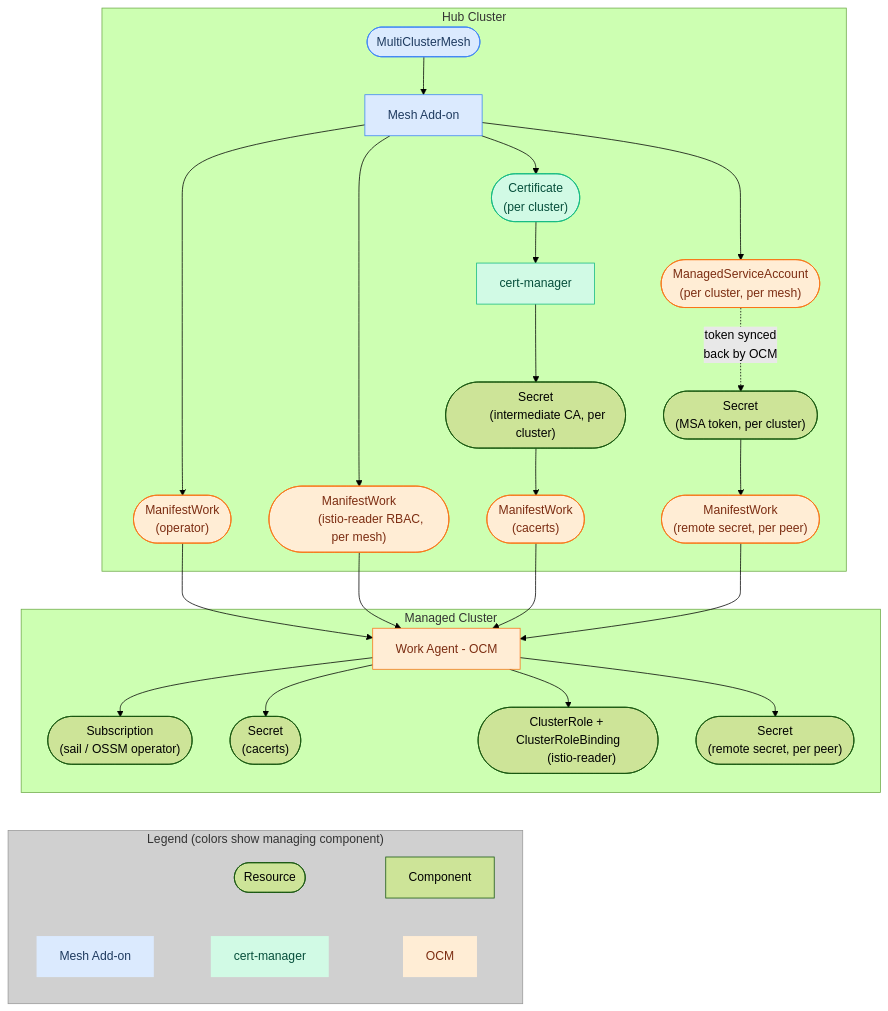
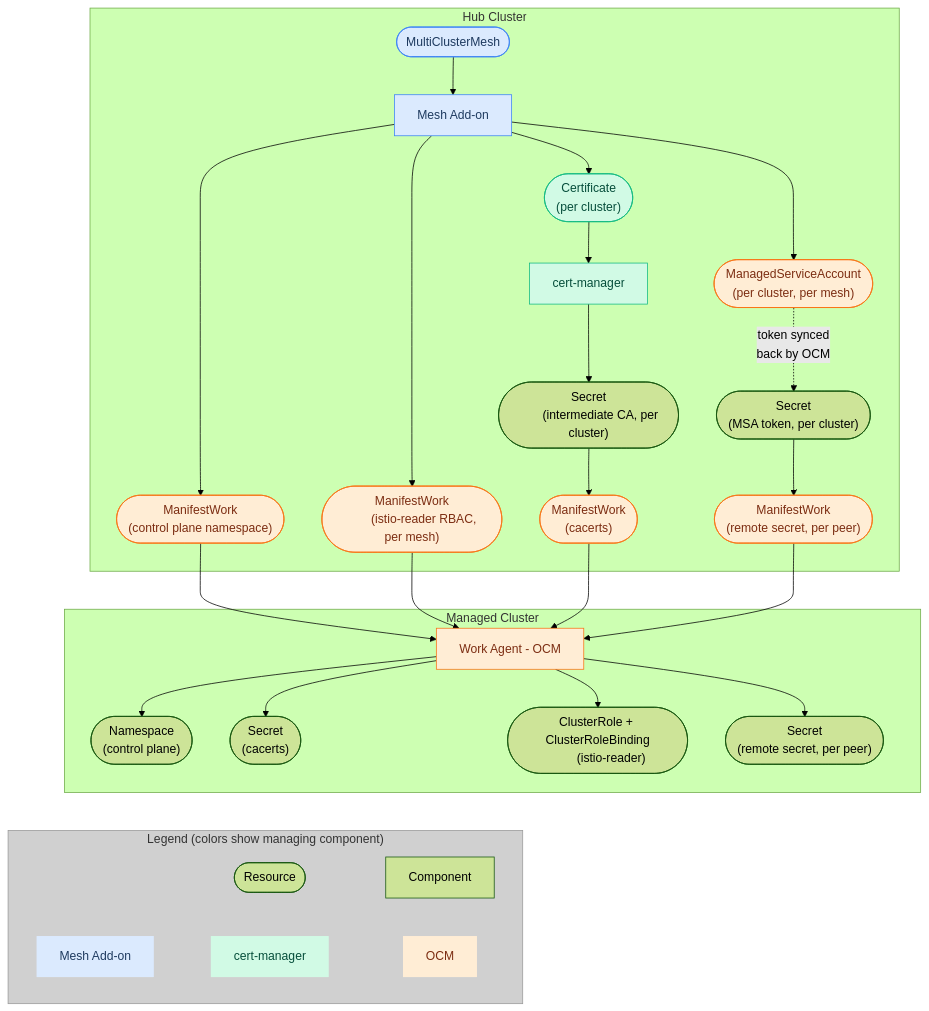
The diagram in docs/dev/design.md (stolostron/multicluster-mesh-addon), drawn with Mermaid (forest theme) before and after one commit. The commit also changed other lines of this file and 4 other files, not shown here.

First line of the commit message:
Update docs for operator removal and auto-derived namespace

````diff
--- a/docs/dev/design.md
+++ b/docs/dev/design.md
@@ -40,66 +40,66 @@
 ```mermaid
 flowchart TD
     subgraph Hub Cluster
         mesh([MultiClusterMesh]) --> addon[Mesh Add-on]
         addon --> cert(["Certificate
         (per cluster)"])
         cert --> certmanager[cert-manager]
         addon --> msa(["ManagedServiceAccount
         (per cluster, per mesh)"])
         certmanager --> casecret(["Secret
         (intermediate CA, per cluster)"])
         msa -.->|"token synced
         back by OCM"| tokensecret(["Secret
         (MSA token, per cluster)"])
-        addon --> mw_operator(["ManifestWork
-        (operator)"])
+        addon --> mw_cpns(["ManifestWork
+        (control plane namespace)"])
         addon --> mw_reader(["ManifestWork
         (istio-reader RBAC, per mesh)"])
         casecret --> mw_cacerts(["ManifestWork
         (cacerts)"])
         tokensecret --> mw_remote(["ManifestWork
         (remote secret, per peer)"])
     end
 
     subgraph Managed Cluster
-        agent[Work Agent - OCM] --> subscription(["Subscription
-        (sail / OSSM operator)"])
+        agent[Work Agent - OCM] --> cpns(["Namespace
+        (control plane)"])
         agent --> cacerts(["Secret
         (cacerts)"])
         agent --> reader_rbac(["ClusterRole + ClusterRoleBinding
         (istio-reader)"])
         agent --> remotesecret(["Secret
         (remote secret, per peer)"])
     end
 
-    mw_operator --> agent
+    mw_cpns --> agent
     mw_reader --> agent
     mw_cacerts --> agent
     mw_remote --> agent
 
     subgraph Legend[Legend #40;colors show managing component#41;]
         L1([Resource]) ~~~ L2[Component]
         C1[Mesh Add-on]:::addon ~~~ C2[cert-manager]:::certmgr ~~~ C3[OCM]:::ocm
     end
 
     %% fake link to make legend centered
     cacerts ~~~ Legend
 
     style Legend fill:#d0d0d0,stroke:#999,color:#333
     style C1 stroke:none
     style C2 stroke:none
     style C3 stroke:none
 
     %% Mesh Add-on managed (blue)
     classDef addon fill:#dbeafe,stroke:#3b82f6,color:#1e3a5f
     class addon,mesh addon
 
     %% cert-manager managed (green)
     classDef certmgr fill:#d1fae5,stroke:#10b981,color:#064e3b
     class certmanager,cert certmgr
 
     %% OCM managed (orange)
     classDef ocm fill:#ffedd5,stroke:#f97316,color:#7c2d12
-    class agent,msa,mw_operator,mw_reader,mw_cacerts,mw_remote ocm
+    class agent,msa,mw_cpns,mw_reader,mw_cacerts,mw_remote ocm
 
 ```
````
